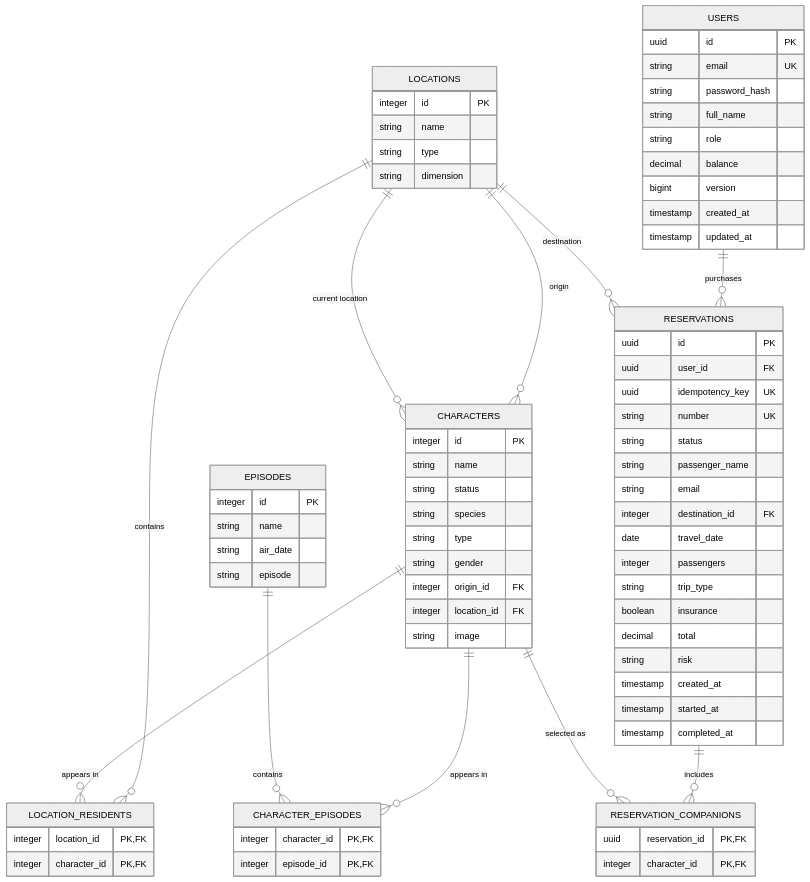
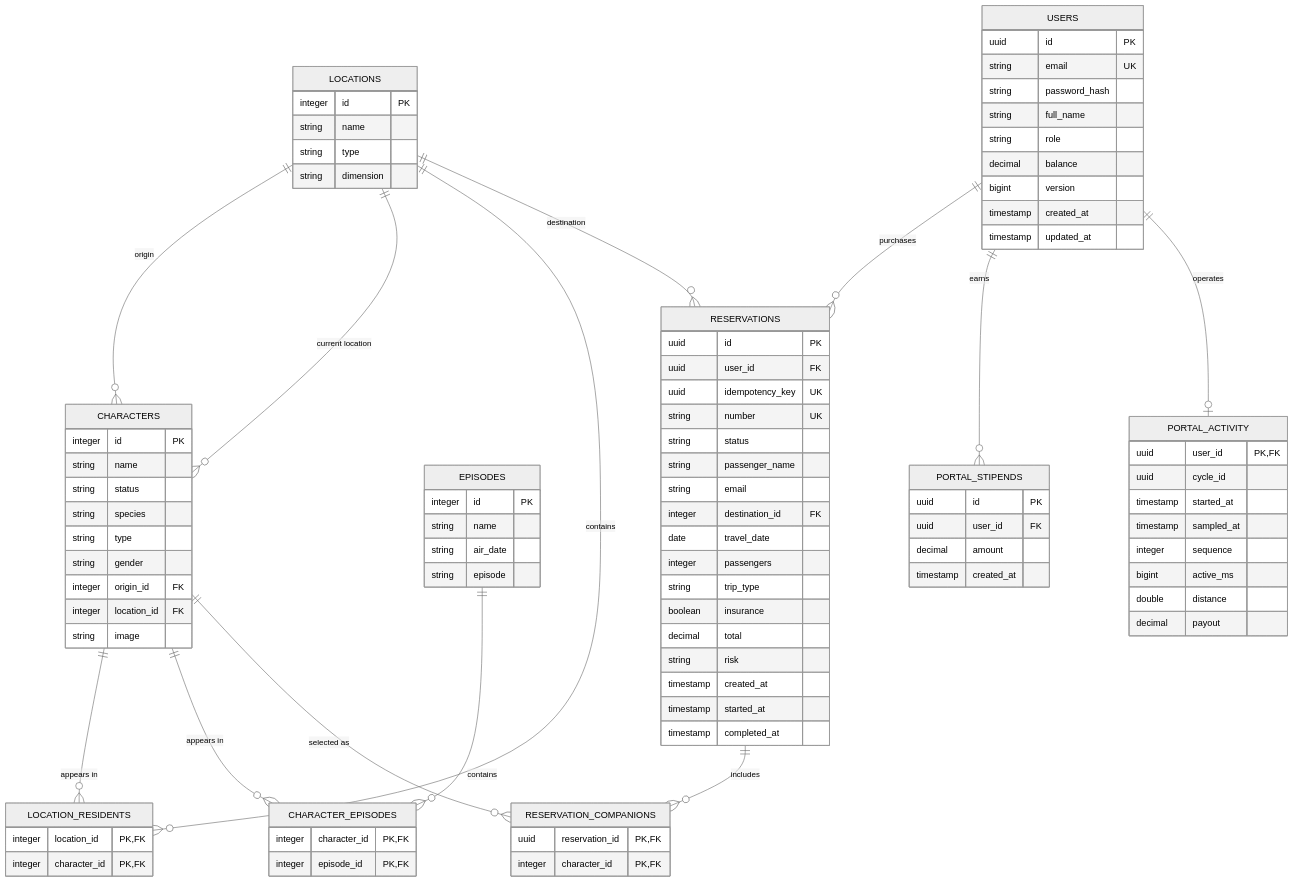
One commit to Prgm-code/portaltrip changed the second of 3 diagrams in README.md. Above: the diagram before and after it, drawn with Mermaid (neutral theme). The commit also changed other lines of this file and 27 other files, not shown here.

First line of the commit message:
Add activity-based portal rewards

```diff
--- a/README.md
+++ b/README.md
@@ -284,6 +285,8 @@
     CHARACTERS ||--o{ CHARACTER_EPISODES : "appears in"
     EPISODES ||--o{ CHARACTER_EPISODES : "contains"
     USERS ||--o{ RESERVATIONS : "purchases"
+    USERS ||--o{ PORTAL_STIPENDS : "earns"
+    USERS ||--o| PORTAL_ACTIVITY : "operates"
     LOCATIONS ||--o{ RESERVATIONS : "destination"
     RESERVATIONS ||--o{ RESERVATION_COMPANIONS : "includes"
     CHARACTERS ||--o{ RESERVATION_COMPANIONS : "selected as"
@@ -298,6 +301,24 @@
         bigint version
         timestamp created_at
         timestamp updated_at
+    }
+
+    PORTAL_STIPENDS {
+        uuid id PK
+        uuid user_id FK
+        decimal amount
+        timestamp created_at
+    }
+
+    PORTAL_ACTIVITY {
+        uuid user_id PK,FK
+        uuid cycle_id
+        timestamp started_at
+        timestamp sampled_at
+        integer sequence
+        bigint active_ms
+        double distance
+        decimal payout
     }
 
     LOCATIONS {
```
